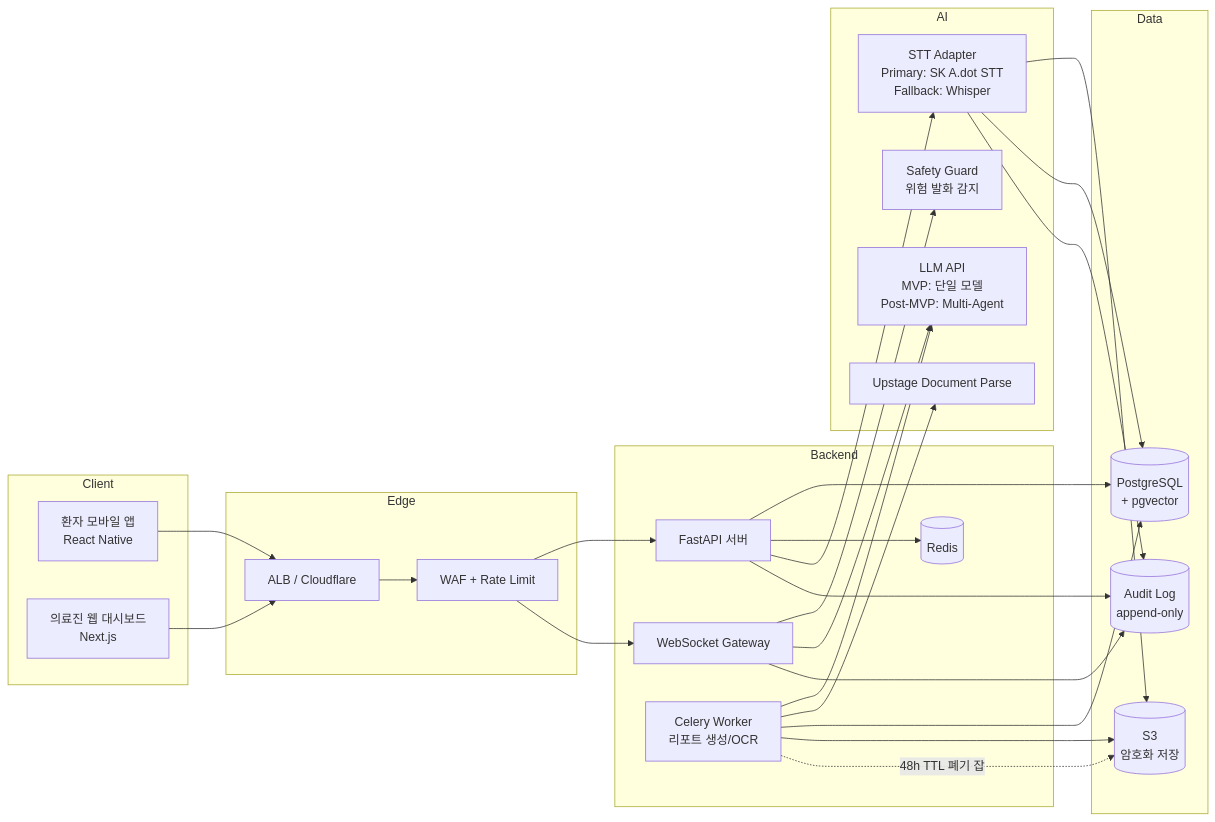
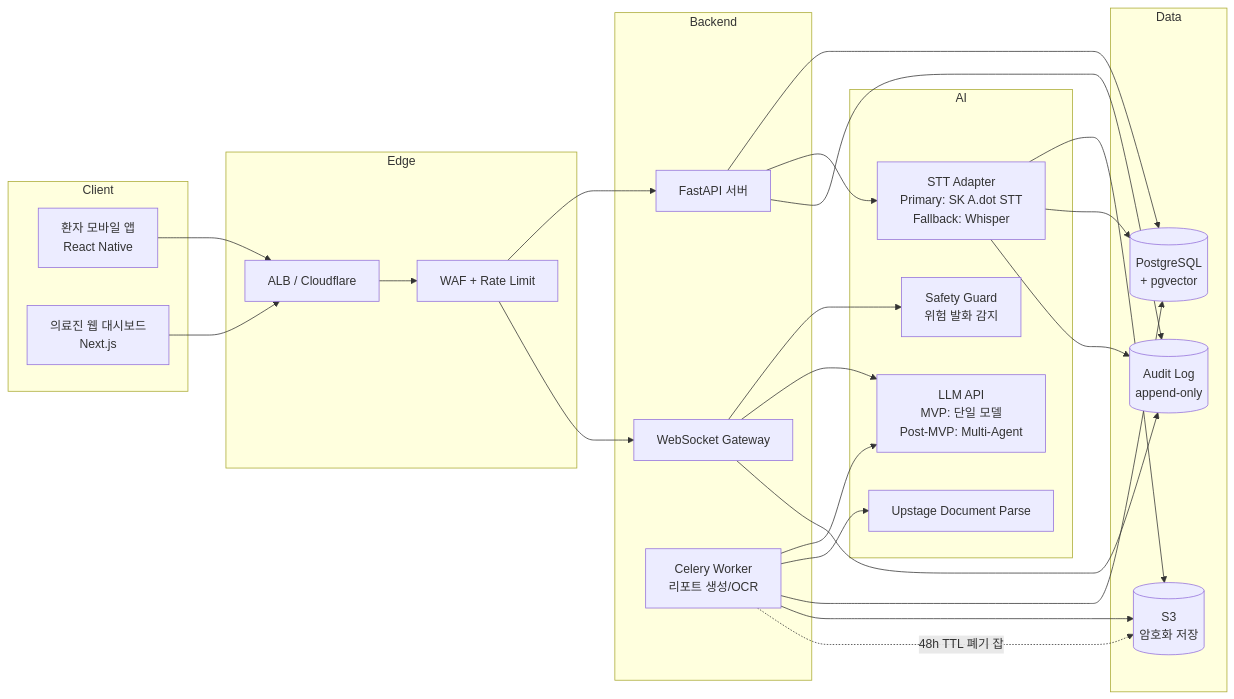
One commit to Neuro-AI-Lab/neurosync changed the first of 5 diagrams in docs/prd/PRD_neuro-sync.md. Above: the diagram before and after it, drawn with Mermaid. The commit also changed 5 other files, not shown here.

````diff
--- a/docs/prd/PRD_neuro-sync.md
+++ b/docs/prd/PRD_neuro-sync.md
@@ -1043,53 +1043,51 @@
 ```mermaid
 flowchart LR
   subgraph Client
     Mobile[환자 모바일 앱<br/>React Native]
     Web[의료진 웹 대시보드<br/>Next.js]
   end
 
   subgraph Edge
     LB[ALB / Cloudflare]
     WAF[WAF + Rate Limit]
   end
 
   subgraph Backend
     API[FastAPI 서버]
     WS[WebSocket Gateway]
     Worker[Celery Worker<br/>리포트 생성/OCR]
-    Queue[(Redis)]
   end
 
   subgraph AI
     LLM[LLM API<br/>MVP: 단일 모델<br/>Post-MVP: Multi-Agent]
     Safety[Safety Guard<br/>위험 발화 감지]
     OCR[Upstage Document Parse]
     STT["STT Adapter<br/>Primary: SK A.dot STT<br/>Fallback: Whisper"]
   end
 
   subgraph Data
     PG[(PostgreSQL<br/>+ pgvector)]
     S3[(S3<br/>암호화 저장)]
     Audit[(Audit Log<br/>append-only)]
   end
 
   Mobile --> LB
   Web --> LB
   LB --> WAF
   WAF --> API
   WAF --> WS
   API --> PG
-  API --> Queue
   API --> STT
   STT --> S3
   STT --> PG
   WS --> Safety
   WS --> LLM
   Worker --> LLM
   Worker --> OCR
   Worker --> PG
   Worker --> S3
   Worker -.->|48h TTL 폐기 잡| S3
   API --> Audit
   WS --> Audit
   STT --> Audit
 ```
````
